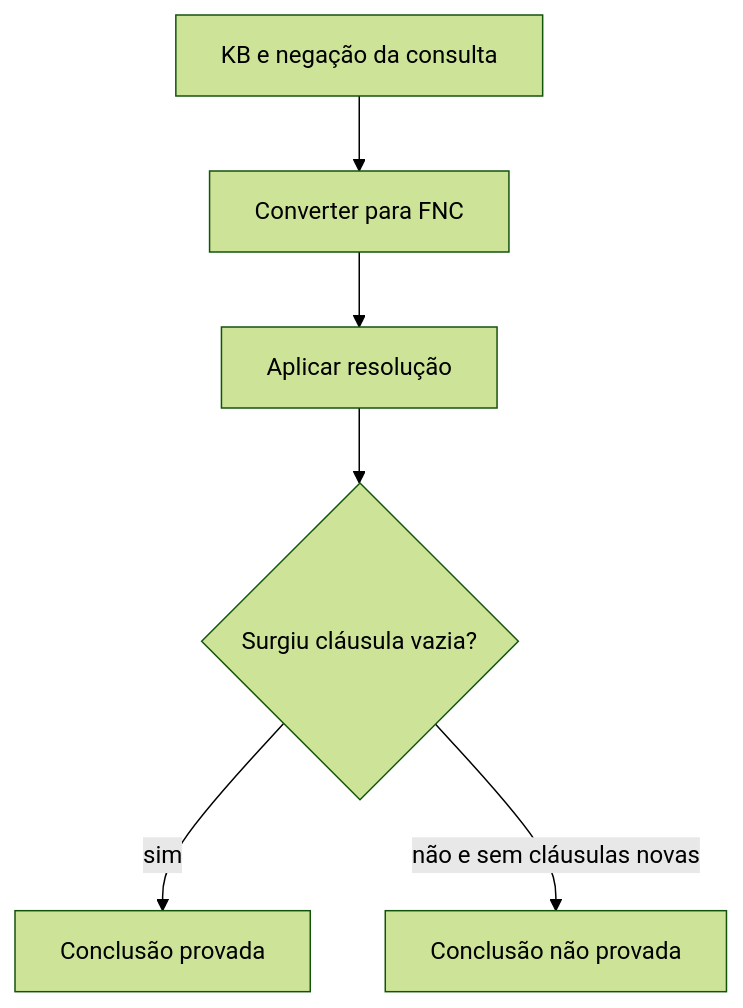
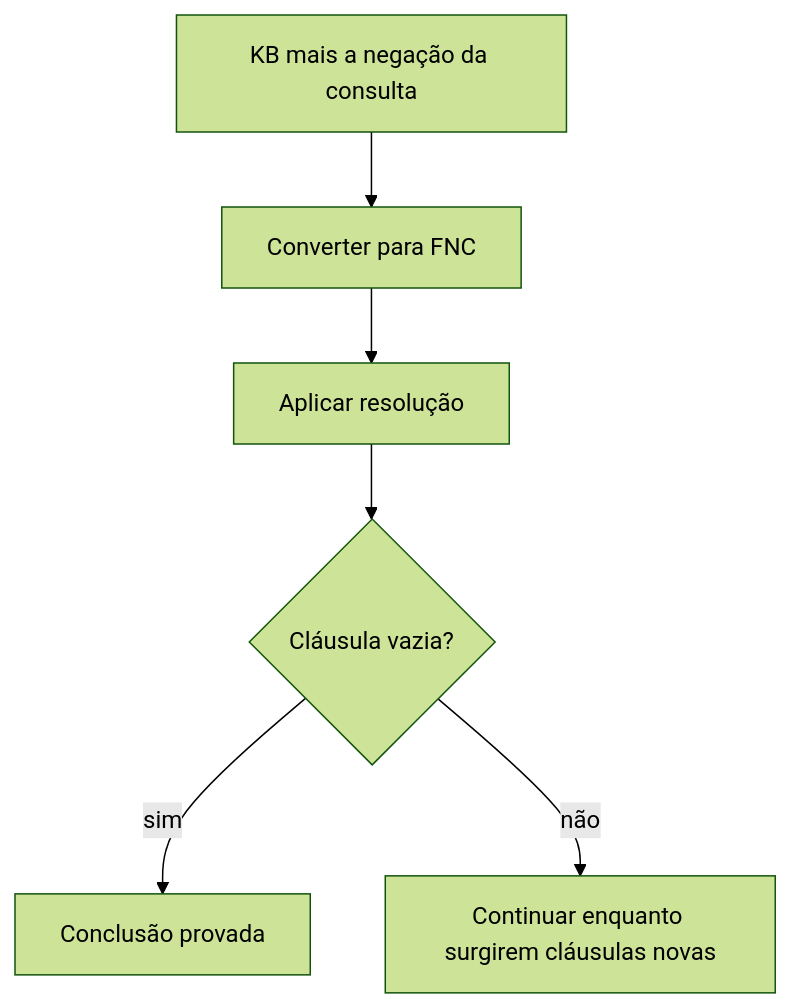
The ninth of 10 diagrams in notas/05-logica/README.md (tiagofga/EC-IA), drawn with Mermaid (forest theme) before and after one commit. The commit also changed other lines of this file, not shown here.

````diff
--- a/notas/05-logica/README.md
+++ b/notas/05-logica/README.md
@@ -243,8 +254,8 @@
 ```mermaid
 flowchart TD
-    A[KB e negação da consulta] --> B[Converter para FNC]
-    B --> C[Aplicar resolução]
-    C --> D{Surgiu cláusula vazia?}
-    D -->|sim| E[Conclusão provada]
-    D -->|não e sem cláusulas novas| F[Conclusão não provada]
+    A["KB mais a negação da consulta"] --> B["Converter para FNC"]
+    B --> C["Aplicar resolução"]
+    C --> D{"Cláusula vazia?"}
+    D -->|sim| E["Conclusão provada"]
+    D -->|não| F["Continuar enquanto surgirem cláusulas novas"]
 ```
````
